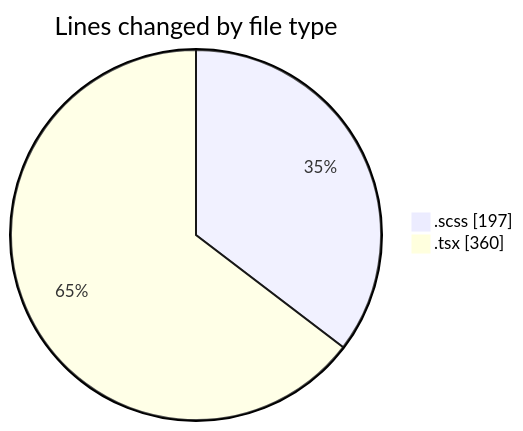
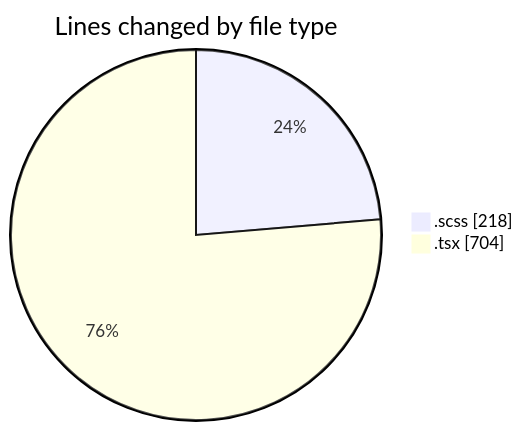
One commit to momahboobian/code-tracking changed the first of 2 diagrams in 2025-03-28/cda/README.md. Above: the diagram before and after it, drawn with Mermaid. The commit also changed other lines of this file and 1 other file, not shown here.

````diff
--- a/2025-03-28/cda/README.md
+++ b/2025-03-28/cda/README.md
@@ -23,6 +23,6 @@
 ```mermaid
 pie showData
 title Lines changed by file type
-".scss" : 197
-".tsx" : 360
+".scss" : 218
+".tsx" : 704
 ```
````
